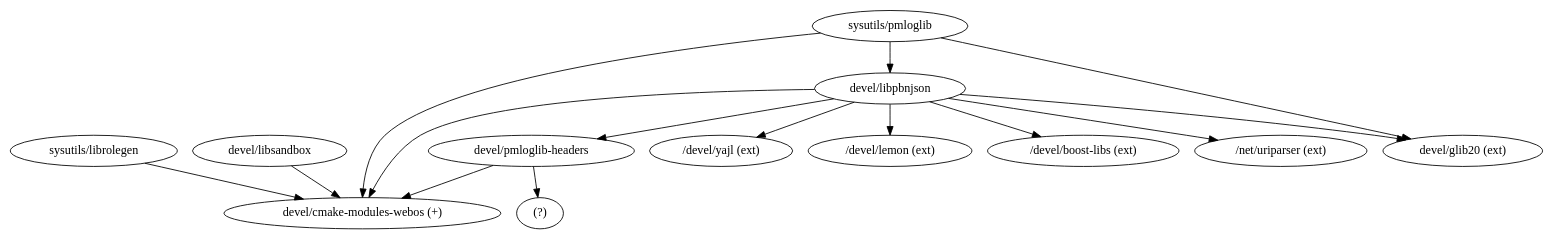
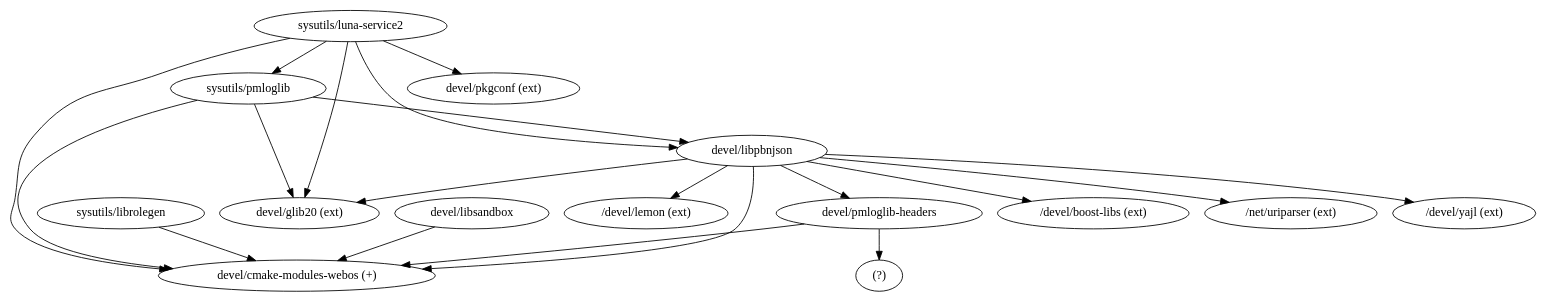
Before and after one commit to ppenzin/freewebos-portdev: the diagram in doc/graph.dot, drawn with Graphviz. The commit also changed 3 other files, not shown here.

```diff
--- a/doc/graph.dot
+++ b/doc/graph.dot
@@ -1,16 +1,21 @@
 digraph {
 	"sysutils/librolegen" -> "devel/cmake-modules-webos (+)";
 	"devel/libsandbox" -> "devel/cmake-modules-webos (+)";
 	"devel/pmloglib-headers" -> "devel/cmake-modules-webos (+)";
 	"devel/pmloglib-headers" -> "(?)";
 	"devel/libpbnjson" -> "devel/cmake-modules-webos (+)";
 	"devel/libpbnjson" -> "devel/pmloglib-headers";
 	"devel/libpbnjson" -> "/devel/yajl (ext)";
 	"devel/libpbnjson" -> "/devel/lemon (ext)";
 	"devel/libpbnjson" -> "/devel/boost-libs (ext)";
 	"devel/libpbnjson" -> "/net/uriparser (ext)";
 	"devel/libpbnjson" -> "devel/glib20 (ext)";
 	"sysutils/pmloglib" -> "devel/libpbnjson";
 	"sysutils/pmloglib" -> "devel/cmake-modules-webos (+)";
 	"sysutils/pmloglib" -> "devel/glib20 (ext)";
+	"sysutils/luna-service2" -> "sysutils/pmloglib";
+	"sysutils/luna-service2" -> "devel/cmake-modules-webos (+)";
+	"sysutils/luna-service2" -> "devel/libpbnjson";
+	"sysutils/luna-service2" -> "devel/glib20 (ext)";
+	"sysutils/luna-service2" -> "devel/pkgconf (ext)";
 }
```
